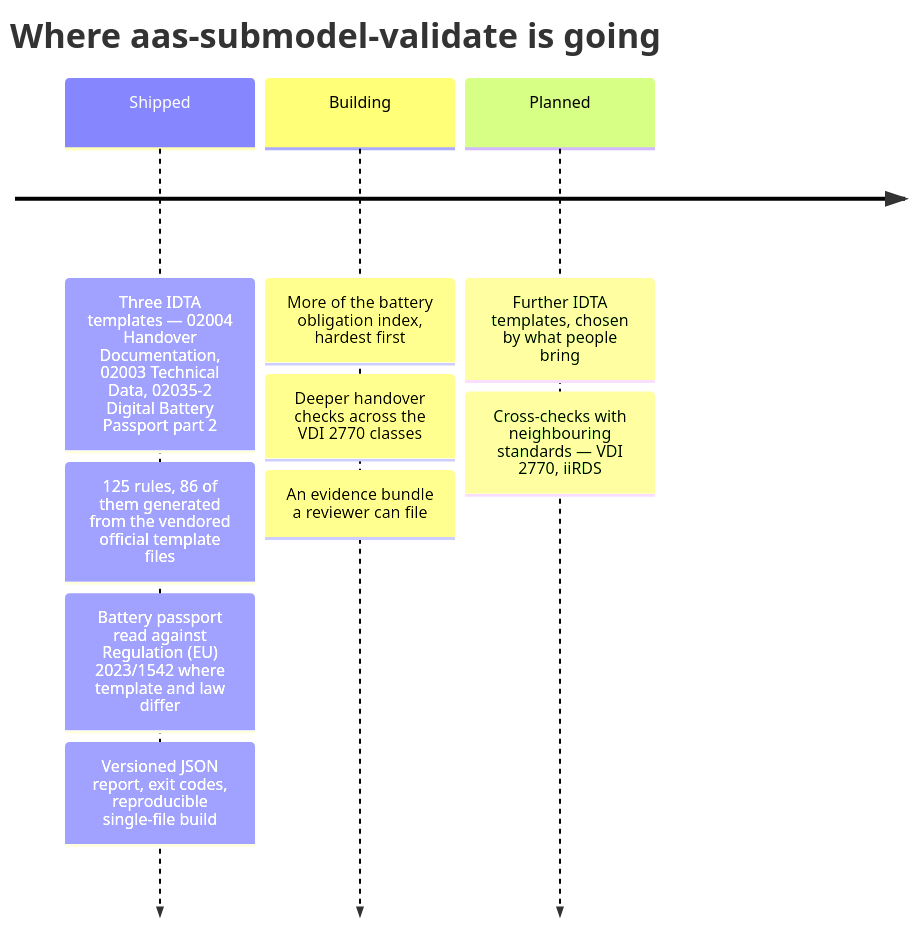
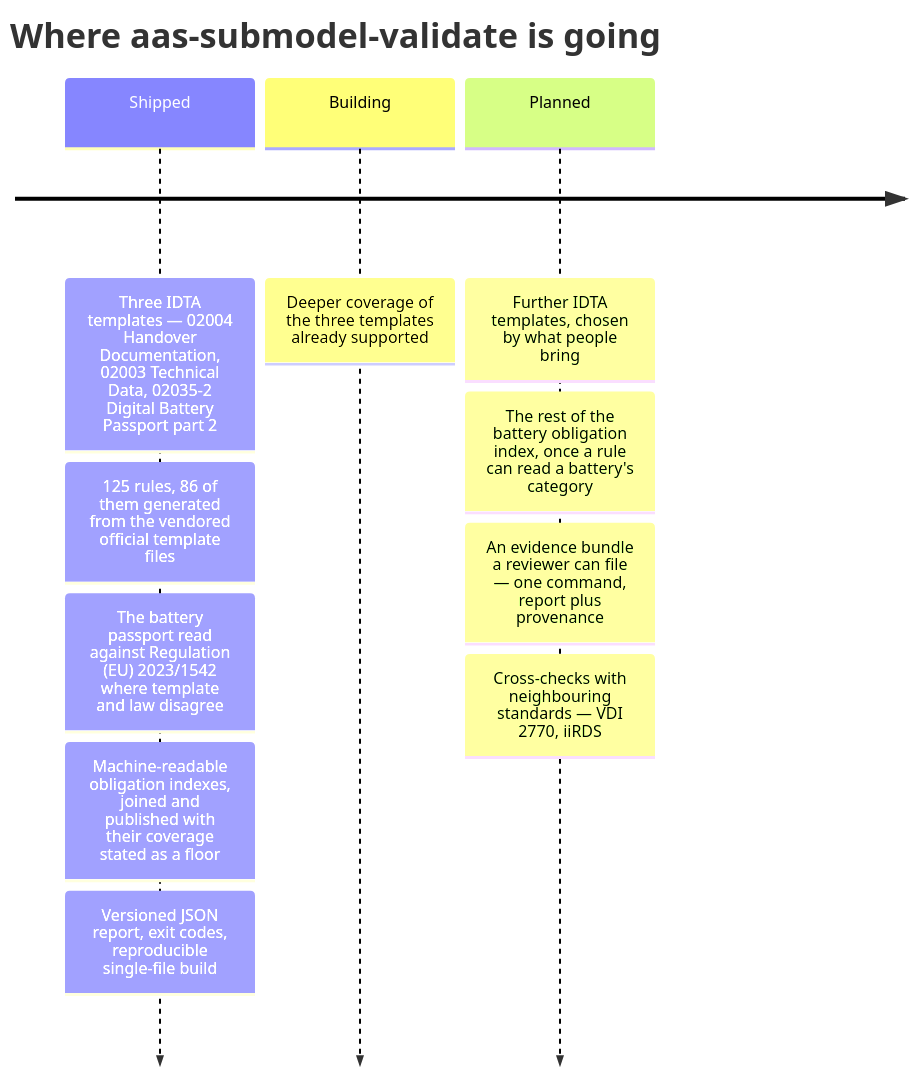
The second of 2 diagrams in README.md (dev365code/aas-submodel-validate), drawn with Mermaid before and after one commit. The commit also changed other lines of this file and 5 other files, not shown here.

````diff
--- a/README.md
+++ b/README.md
@@ -156,13 +153,14 @@
 ```mermaid
 timeline
     title Where aas-submodel-validate is going
     Shipped : Three IDTA templates — 02004 Handover Documentation, 02003 Technical Data, 02035-2 Digital Battery Passport part 2
             : 125 rules, 86 of them generated from the vendored official template files
-            : Battery passport read against Regulation (EU) 2023/1542 where template and law differ
+            : The battery passport read against Regulation (EU) 2023/1542 where template and law disagree
+            : Machine-readable obligation indexes, joined and published with their coverage stated as a floor
             : Versioned JSON report, exit codes, reproducible single-file build
-    Building : More of the battery obligation index, hardest first
-             : Deeper handover checks across the VDI 2770 classes
-             : An evidence bundle a reviewer can file
+    Building : Deeper coverage of the three templates already supported
     Planned : Further IDTA templates, chosen by what people bring
+            : The rest of the battery obligation index, once a rule can read a battery's category
+            : An evidence bundle a reviewer can file — one command, report plus provenance
             : Cross-checks with neighbouring standards — VDI 2770, iiRDS
 ```
````
